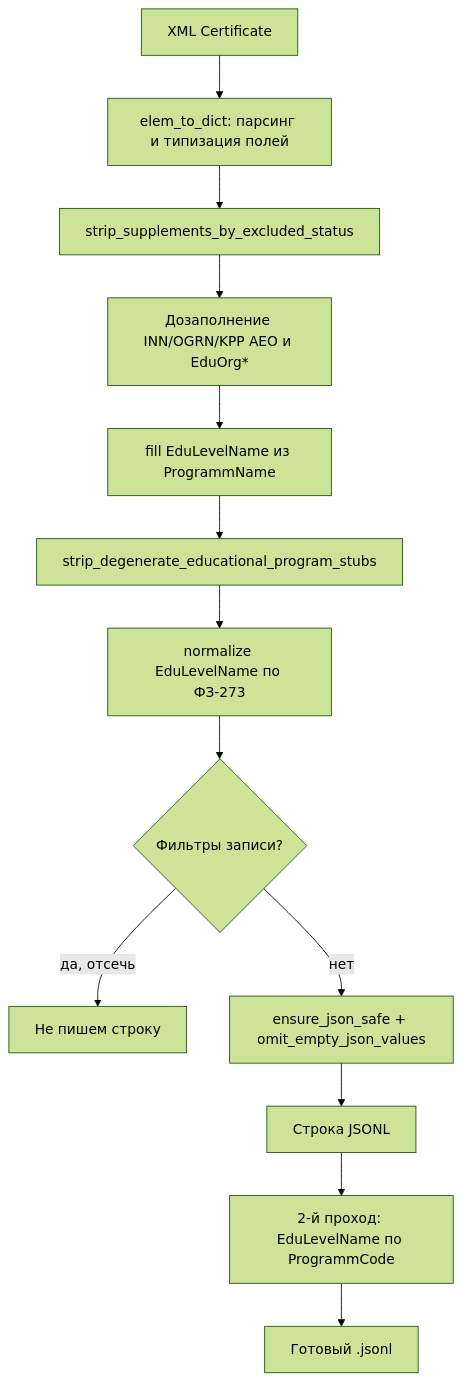
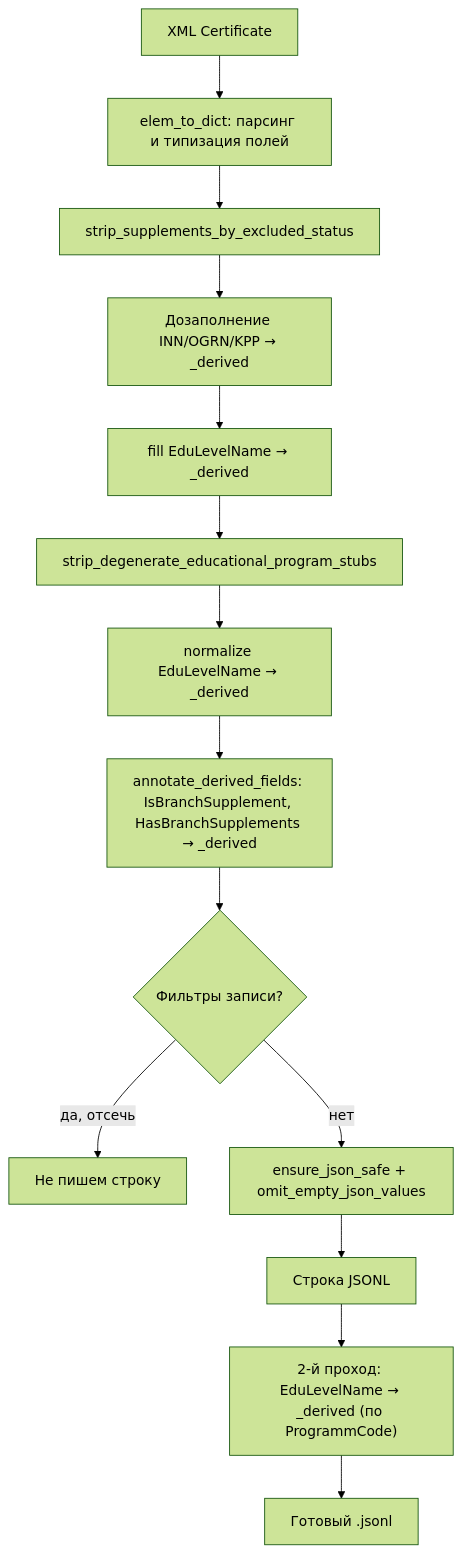
The diagram in docs/convert.md (kscht/accredreestr_converter), drawn with Mermaid (forest theme) before and after one commit. The commit also changed other lines of this file and 4 other files, not shown here.

````diff
--- a/docs/convert.md
+++ b/docs/convert.md
@@ -11,15 +11,16 @@
 ```mermaid
 flowchart TD
   XML[XML Certificate] --> Parse[elem_to_dict: парсинг и типизация полей]
   Parse --> StripSup[strip_supplements_by_excluded_status]
-  StripSup --> AEO[Дозаполнение INN/OGRN/KPP AEO и EduOrg*]
-  AEO --> EduProg1[fill EduLevelName из ProgrammName]
+  StripSup --> AEO["Дозаполнение INN/OGRN/KPP → _derived"]
+  AEO --> EduProg1["fill EduLevelName → _derived"]
   EduProg1 --> StripDeg[strip_degenerate_educational_program_stubs]
-  StripDeg --> FZ273[normalize EduLevelName по ФЗ-273]
-  FZ273 --> Filter{Фильтры записи?}
+  StripDeg --> FZ273["normalize EduLevelName → _derived"]
+  FZ273 --> Annotate["annotate_derived_fields: IsBranchSupplement, HasBranchSupplements → _derived"]
+  Annotate --> Filter{Фильтры записи?}
   Filter -->|да, отсечь| Skip[Не пишем строку]
   Filter -->|нет| Compact[ensure_json_safe + omit_empty_json_values]
   Compact --> JSONL[Строка JSONL]
-  JSONL --> Pass2[2-й проход: EduLevelName по ProgrammCode]
+  JSONL --> Pass2["2-й проход: EduLevelName → _derived (по ProgrammCode)"]
   Pass2 --> Out[Готовый .jsonl]
 ```
````
